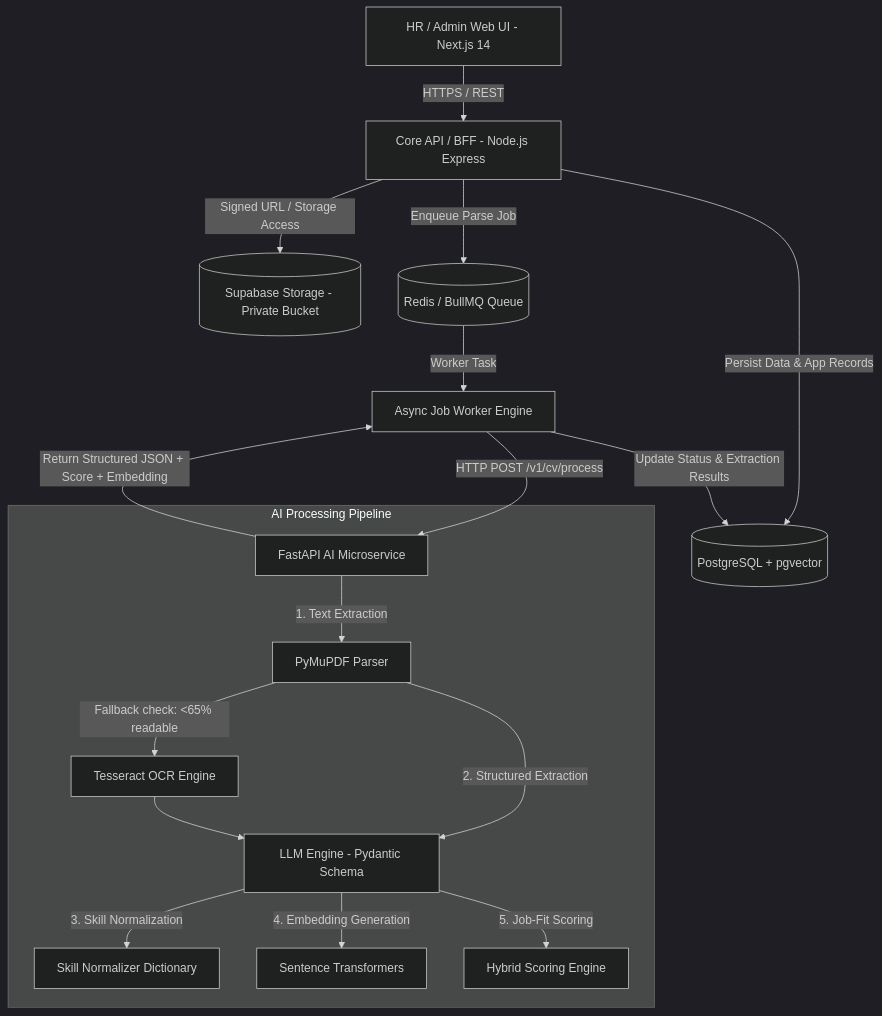
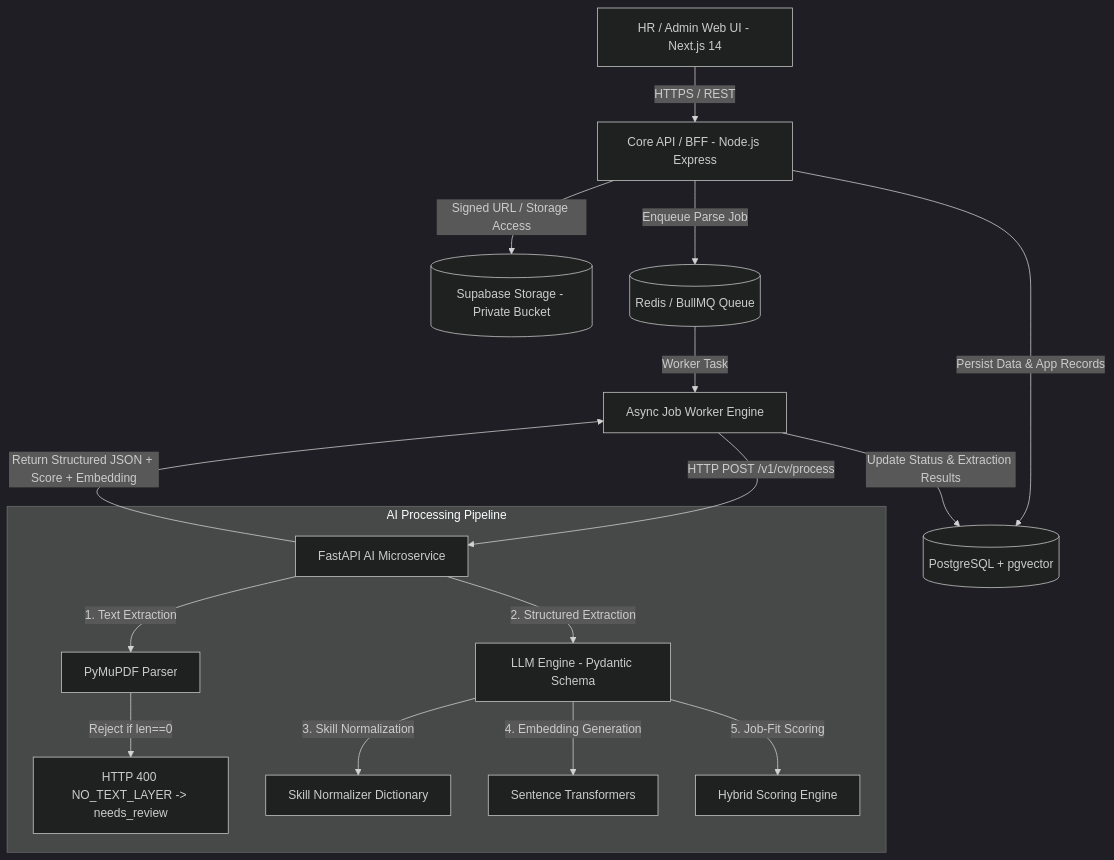
One commit to aditlab-code/resumix-ai changed the diagram in README.md. Above: the diagram before and after it, drawn with Mermaid (dark theme). The commit also changed other lines of this file and 13 other files, not shown here.

First line of the commit message:
feat: Enhance CV ATS Pipeline with Zero-Text Rejection and Improved PDF Processing

````diff
--- a/README.md
+++ b/README.md
@@ -23,22 +23,21 @@
 ```mermaid
 graph TD
     User[HR / Admin Web UI - Next.js 14] -->|HTTPS / REST| API[Core API / BFF - Node.js Express]
     API -->|Signed URL / Storage Access| Storage[(Supabase Storage - Private Bucket)]
     API -->|Persist Data & App Records| DB[(PostgreSQL + pgvector)]
     API -->|Enqueue Parse Job| Queue[(Redis / BullMQ Queue)]
     Queue -->|Worker Task| Worker[Async Job Worker Engine]
     Worker -->|HTTP POST /v1/cv/process| AIService[FastAPI AI Microservice]
     
     subgraph AI Processing Pipeline
         AIService -->|1. Text Extraction| PyMuPDF[PyMuPDF Parser]
-        PyMuPDF -->|Fallback check: <65% readable| OCR[Tesseract OCR Engine]
-        PyMuPDF -->|2. Structured Extraction| LLM[LLM Engine - Pydantic Schema]
-        OCR --> LLM
+        PyMuPDF -->|Reject if len==0| Reject[HTTP 400 NO_TEXT_LAYER -> needs_review]
+        AIService -->|2. Structured Extraction| LLM[LLM Engine - Pydantic Schema]
         LLM -->|3. Skill Normalization| Normalizer[Skill Normalizer Dictionary]
         LLM -->|4. Embedding Generation| Embedder[Sentence Transformers]
         LLM -->|5. Job-Fit Scoring| Scoring[Hybrid Scoring Engine]
     end
 
     AIService -->|Return Structured JSON + Score + Embedding| Worker
     Worker -->|Update Status & Extraction Results| DB
 ```
````
